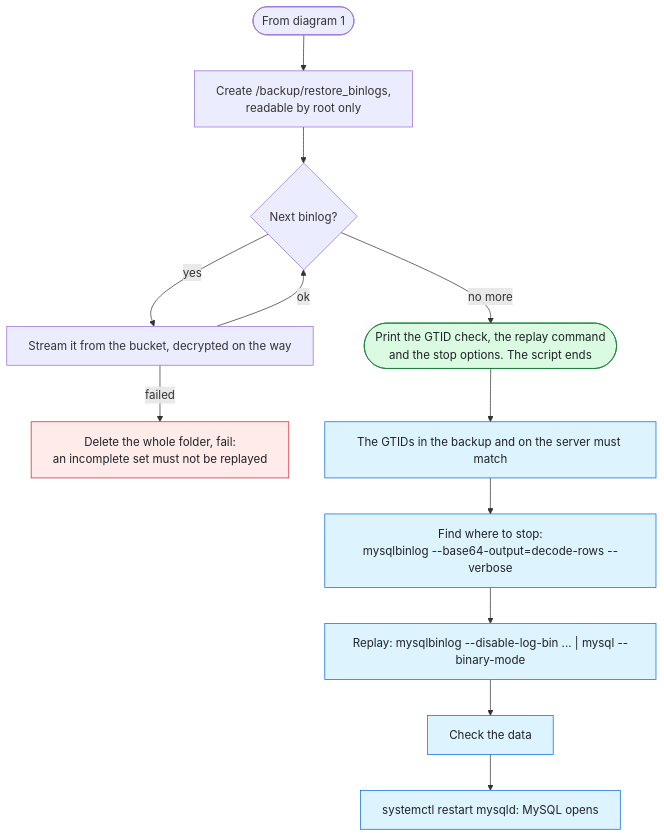
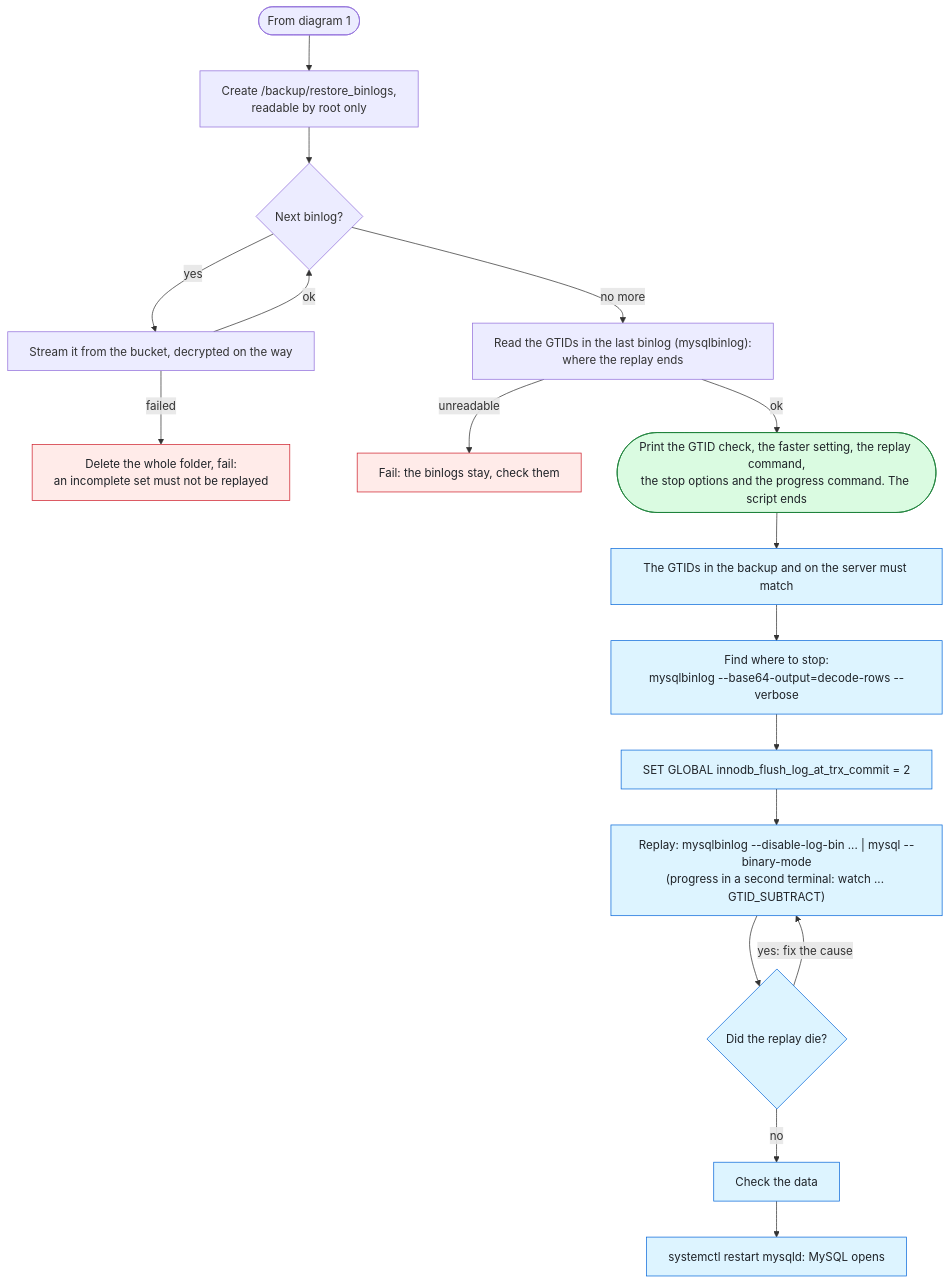
Before and after one commit to xXSAPXx/dba-ops-scripts: the third of 4 diagrams in mysql_restore_script/mysql_restore_workflow.md, drawn with Mermaid. The commit also changed other lines of this file and 2 other files, not shown here.

First line of the commit message:
MySQL restore: one log per restore, step durations, binlog replay progress

````diff
--- a/mysql_restore_script/mysql_restore_workflow.md
+++ b/mysql_restore_script/mysql_restore_workflow.md
@@ -92,19 +103,24 @@
 ```mermaid
 %%{init: {"flowchart": {"wrappingWidth": 400}}}%%
 flowchart TD
     START(["From diagram 1"]) --> DIR["Create /backup/restore_binlogs,<br/>readable by root only"]
     DIR --> NEXT{"Next binlog?"}
     NEXT -->|"yes"| GET["Stream it from the bucket, decrypted on the way"]
     GET -->|"failed"| F1["Delete the whole folder, fail:<br/>an incomplete set must not be replayed"]:::fail
     GET -->|"ok"| NEXT
-    NEXT -->|"no more"| PRINT(["Print the GTID check, the replay command<br/>and the stop options. The script ends"]):::ok
+    NEXT -->|"no more"| ENDG["Read the GTIDs in the last binlog (mysqlbinlog):<br/>where the replay ends"]
+    ENDG -->|"unreadable"| F2["Fail: the binlogs stay, check them"]:::fail
+    ENDG -->|"ok"| PRINT(["Print the GTID check, the faster setting, the replay command,<br/>the stop options and the progress command. The script ends"]):::ok
     PRINT --> GTID["The GTIDs in the backup and on the server must match"]:::dba
     GTID --> FIND["Find where to stop:<br/>mysqlbinlog --base64-output=decode-rows --verbose"]:::dba
-    FIND --> REPLAY["Replay: mysqlbinlog --disable-log-bin ... | mysql --binary-mode"]:::dba
-    REPLAY --> CHECK["Check the data"]:::dba
+    FIND --> FAST["SET GLOBAL innodb_flush_log_at_trx_commit = 2"]:::dba
+    FAST --> REPLAY["Replay: mysqlbinlog --disable-log-bin ... | mysql --binary-mode<br/>(progress in a second terminal: watch ... GTID_SUBTRACT)"]:::dba
+    REPLAY --> DIED{"Did the replay die?"}:::dba
+    DIED -->|"yes: fix the cause"| REPLAY
+    DIED -->|"no"| CHECK["Check the data"]:::dba
     CHECK --> OPEN["systemctl restart mysqld: MySQL opens"]:::dba
 
     classDef fail fill:#ffebe9,stroke:#cf222e,color:#1f2328
     classDef ok fill:#dafbe1,stroke:#1a7f37,color:#1f2328
     classDef dba fill:#ddf4ff,stroke:#0969da,color:#1f2328
 ```
````
